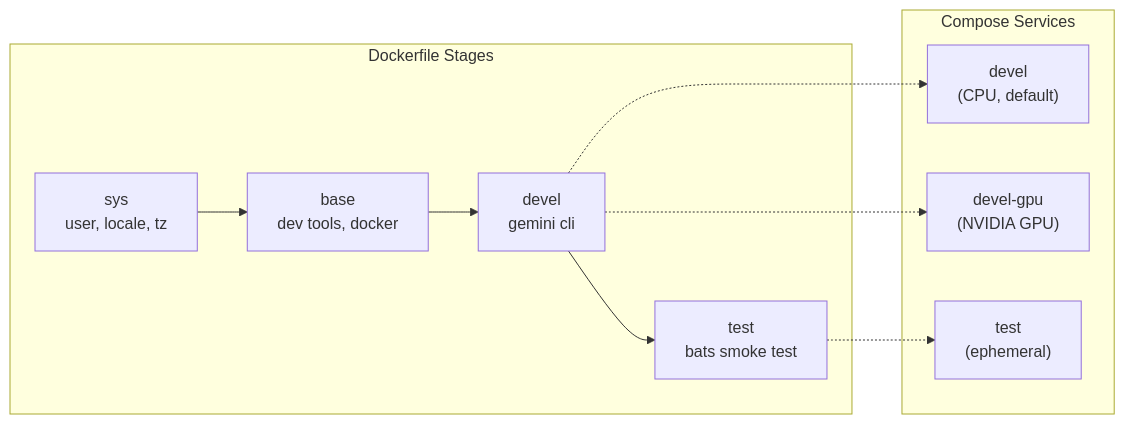
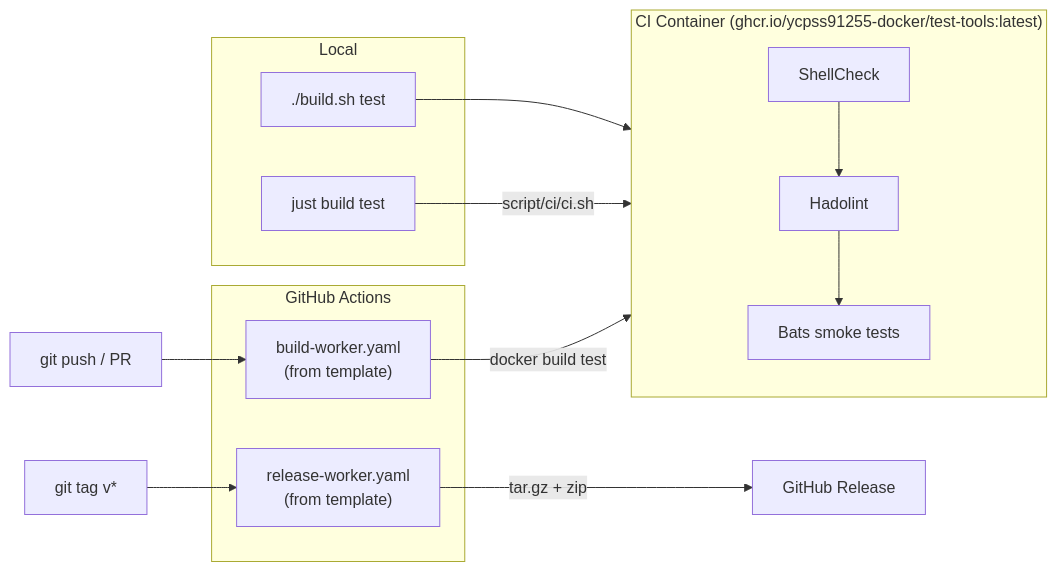
The second of 2 diagrams in README.md (ycpss91255-docker/gemini_cli), drawn with Mermaid before and after one commit. The commit also changed other lines of this file and 204 other files, not shown here.

````diff
--- a/README.md
+++ b/README.md
@@ -71,22 +81,27 @@
 ```mermaid
-graph LR
-    subgraph "Dockerfile Stages"
-        sys["sys<br/>user, locale, tz"]
-        base["base<br/>dev tools, docker"]
-        devel["devel<br/>gemini cli"]
-        test["test<br/>bats smoke test"]
+flowchart LR
+    subgraph local["Local"]
+        build_test["./build.sh test"]
+        make_test["just build test"]
     end
 
-    sys --> base --> devel --> test
-
-    subgraph "Compose Services"
-        S_CPU["devel<br/>(CPU, default)"]
-        S_GPU["devel-gpu<br/>(NVIDIA GPU)"]
-        S_Test["test<br/>(ephemeral)"]
+    subgraph ci_container["CI Container (ghcr.io/ycpss91255-docker/test-tools:latest)"]
+        shellcheck["ShellCheck"]
+        hadolint["Hadolint"]
+        bats["Bats smoke tests"]
     end
 
-    devel -.-> S_CPU
-    devel -.-> S_GPU
-    test -.-> S_Test
+    subgraph github["GitHub Actions"]
+        build_worker["build-worker.yaml<br/>(from template)"]
+        release_worker["release-worker.yaml<br/>(from template)"]
+    end
 
+    build_test --> ci_container
+    make_test -->|"script/ci/ci.sh"| ci_container
+    shellcheck --> hadolint --> bats
+
+    push["git push / PR"] --> build_worker
+    build_worker -->|"docker build test"| ci_container
+    tag["git tag v*"] --> release_worker
+    release_worker -->|"tar.gz + zip"| release["GitHub Release"]
 ```
````
